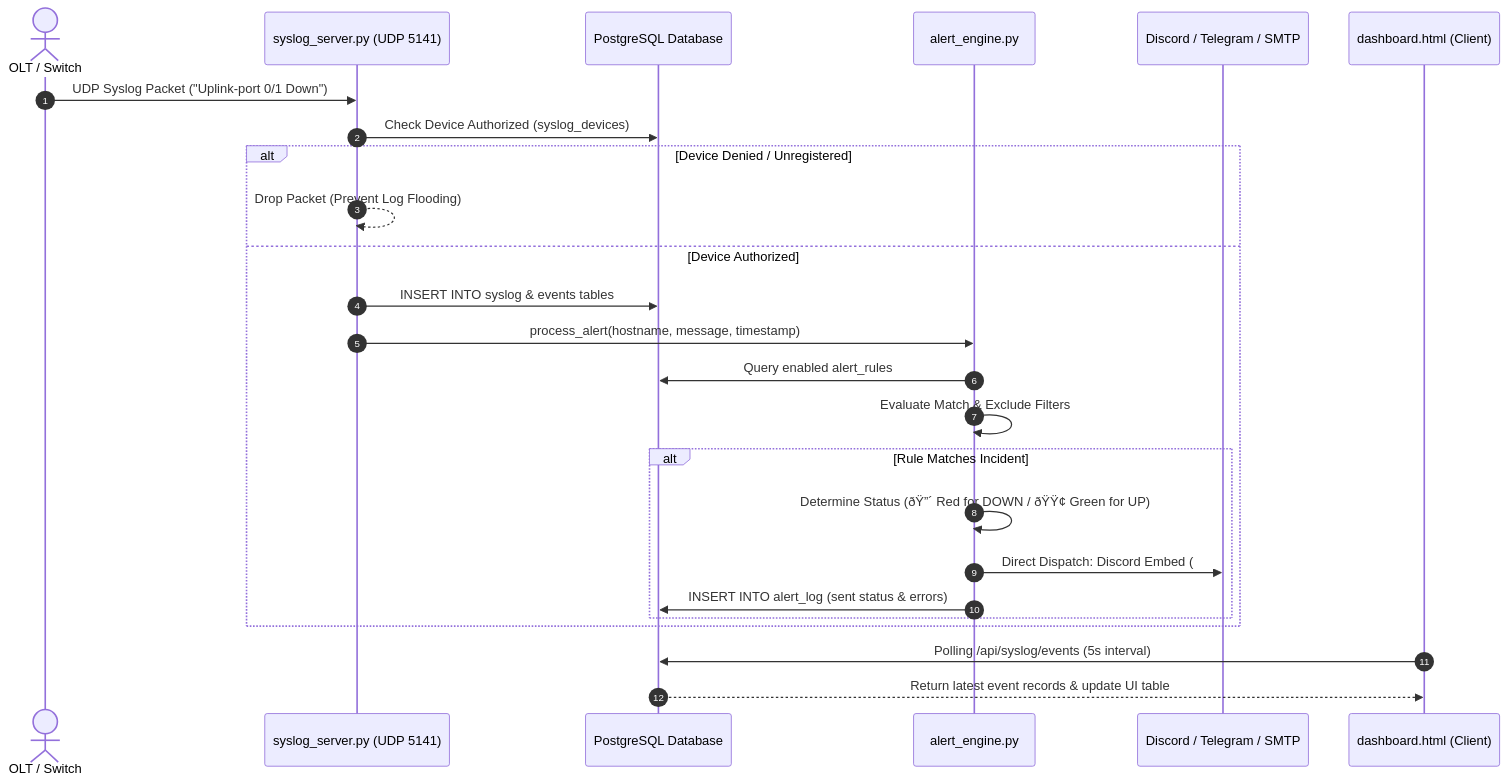
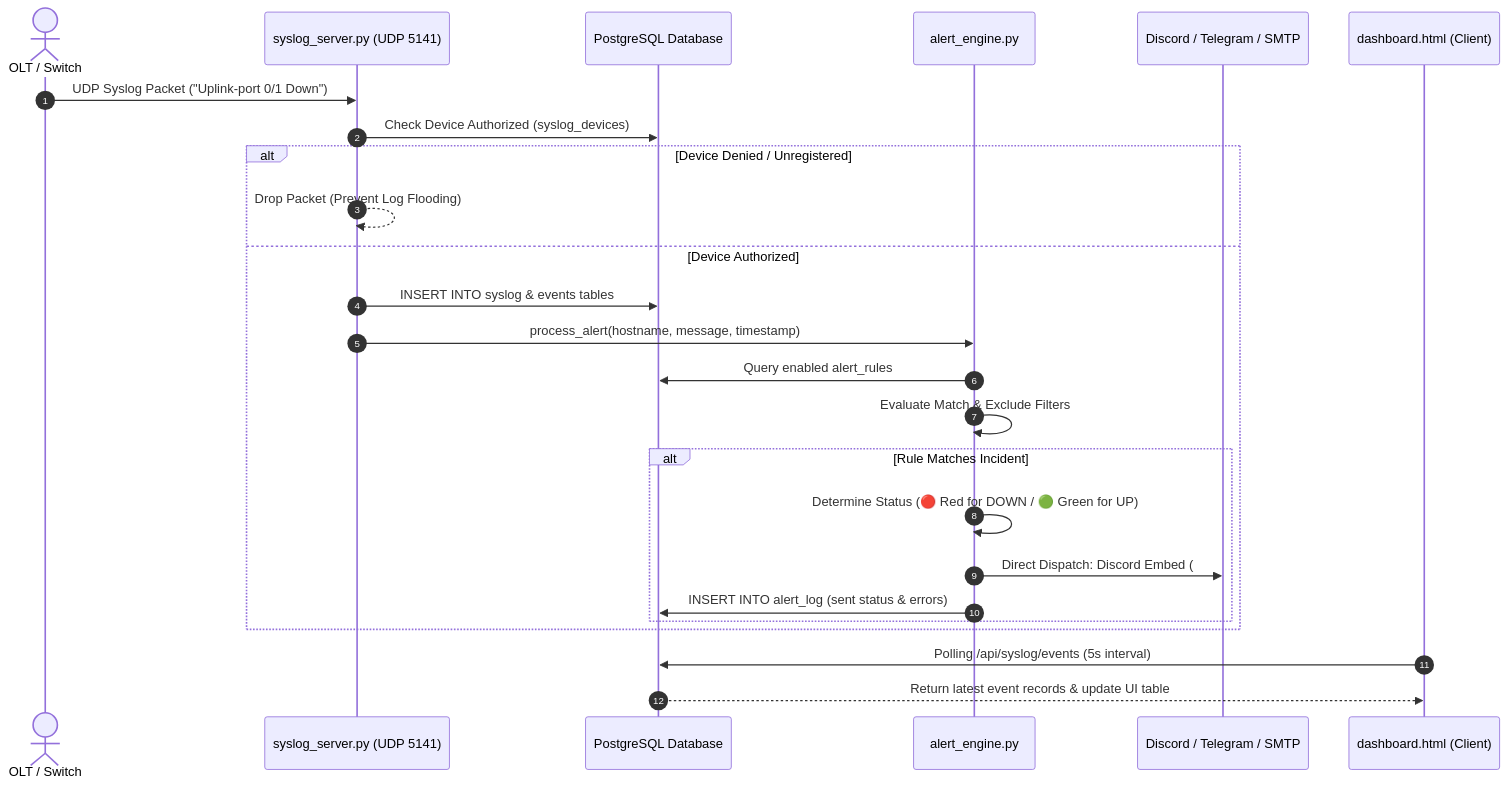
One commit to Deaddemon001/SNOC changed the second of 4 diagrams in software_architecture.md. Above: the diagram before and after it, drawn with Mermaid. The commit also changed other lines of this file and 45 other files, not shown here.

````diff
--- a/software_architecture.md
+++ b/software_architecture.md
@@ -119,28 +121,28 @@
 ```mermaid
 sequenceDiagram
     autonumber
     actor OLT as OLT / Switch
     participant SYSLOG as syslog_server.py (UDP 5141)
     participant DB as PostgreSQL Database
     participant ALERT as alert_engine.py
     participant DISCORD as Discord / Telegram / SMTP
     participant DASH as dashboard.html (Client)
 
     OLT->>SYSLOG: UDP Syslog Packet ("Uplink-port 0/1 Down")
     SYSLOG->>DB: Check Device Authorized (syslog_devices)
     alt Device Denied / Unregistered
         SYSLOG-->>SYSLOG: Drop Packet (Prevent Log Flooding)
     else Device Authorized
         SYSLOG->>DB: INSERT INTO syslog & events tables
         SYSLOG->>ALERT: process_alert(hostname, message, timestamp)
         ALERT->>DB: Query enabled alert_rules
         ALERT->>ALERT: Evaluate Match & Exclude Filters
         alt Rule Matches Incident
-            ALERT->>ALERT: Determine Status (ðŸ”´ Red for DOWN / ðŸŸ¢ Green for UP)
+            ALERT->>ALERT: Determine Status (🔴 Red for DOWN / 🟢 Green for UP)
             ALERT->>DISCORD: Direct Dispatch: Discord Embed (#dc3545) / HTML Email / Telegram
             ALERT->>DB: INSERT INTO alert_log (sent status & errors)
         end
     end
     DASH->>DB: Polling /api/syslog/events (5s interval)
     DB-->>DASH: Return latest event records & update UI table
 ```
````
